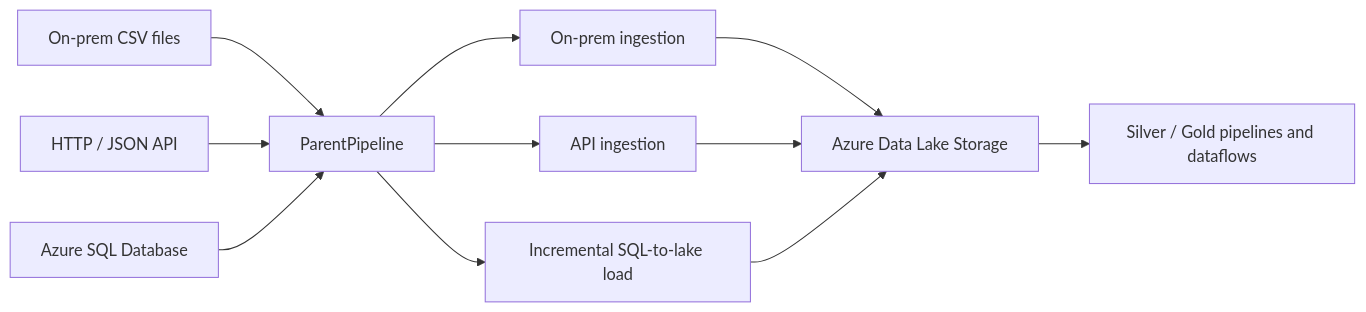
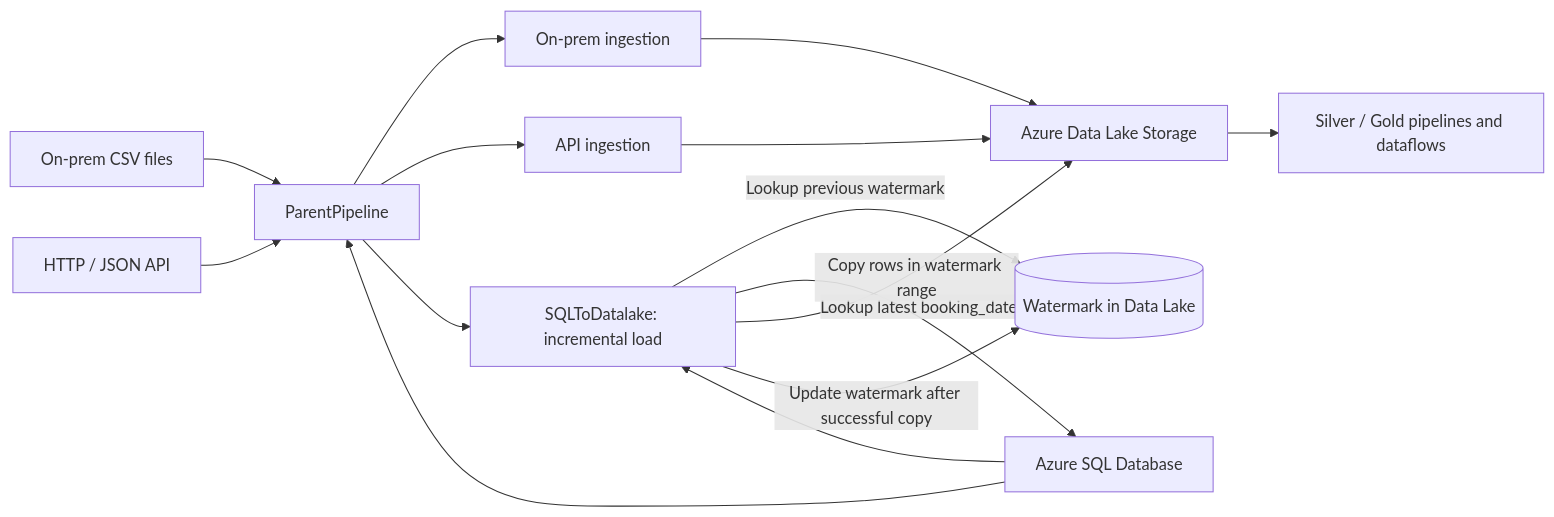
One commit to akash-vemuri/azure_adf_data_integration changed the diagram in README.md. Above: the diagram before and after it, drawn with Mermaid. The commit also changed other lines of this file, not shown here.

Commit message:
docs: clarify incremental SQL watermark flow in architecture

````diff
--- a/README.md
+++ b/README.md
@@ -22,13 +22,17 @@
 ```mermaid
 flowchart LR
     A[On-prem CSV files] --> D[ParentPipeline]
     B[HTTP / JSON API] --> D
     C[Azure SQL Database] --> D
     D --> E[On-prem ingestion]
     E --> F[Azure Data Lake Storage]
     D --> G[API ingestion]
     G --> F
-    D --> H[Incremental SQL-to-lake load]
-    H --> F
+    D --> H[SQLToDatalake: incremental load]
+    C --> H
+    H -->|Lookup previous watermark| W[(Watermark in Data Lake)]
+    H -->|Lookup latest booking_date| C
+    H -->|Copy rows in watermark range| F
+    H -->|Update watermark after successful copy| W
     F --> I[Silver / Gold pipelines and dataflows]
 ```
````
